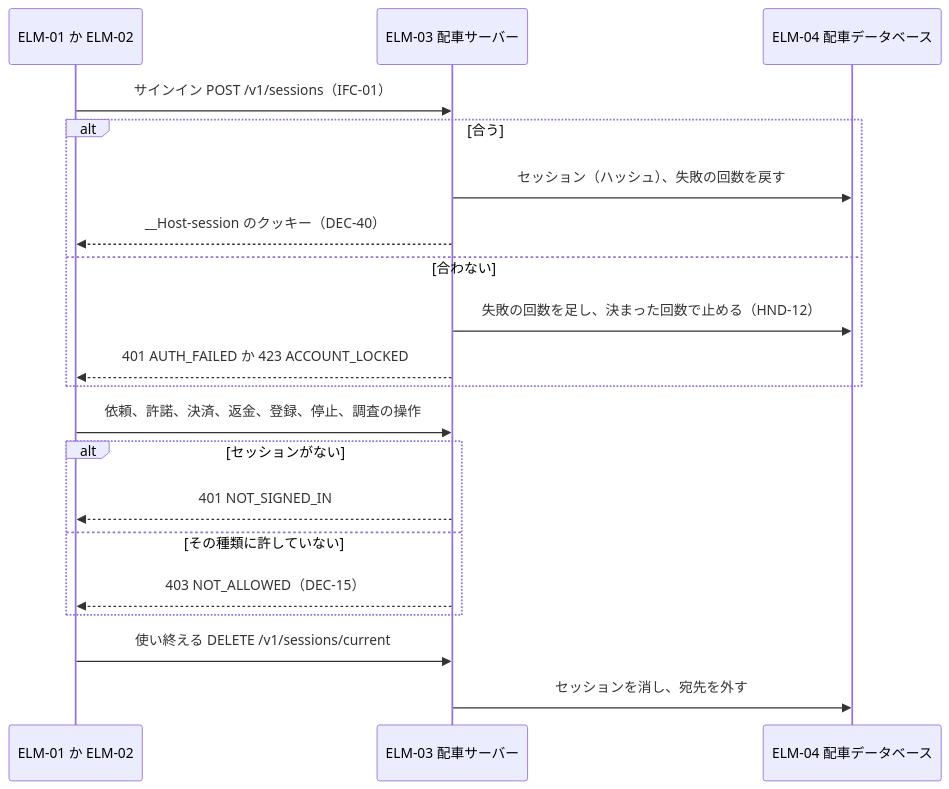
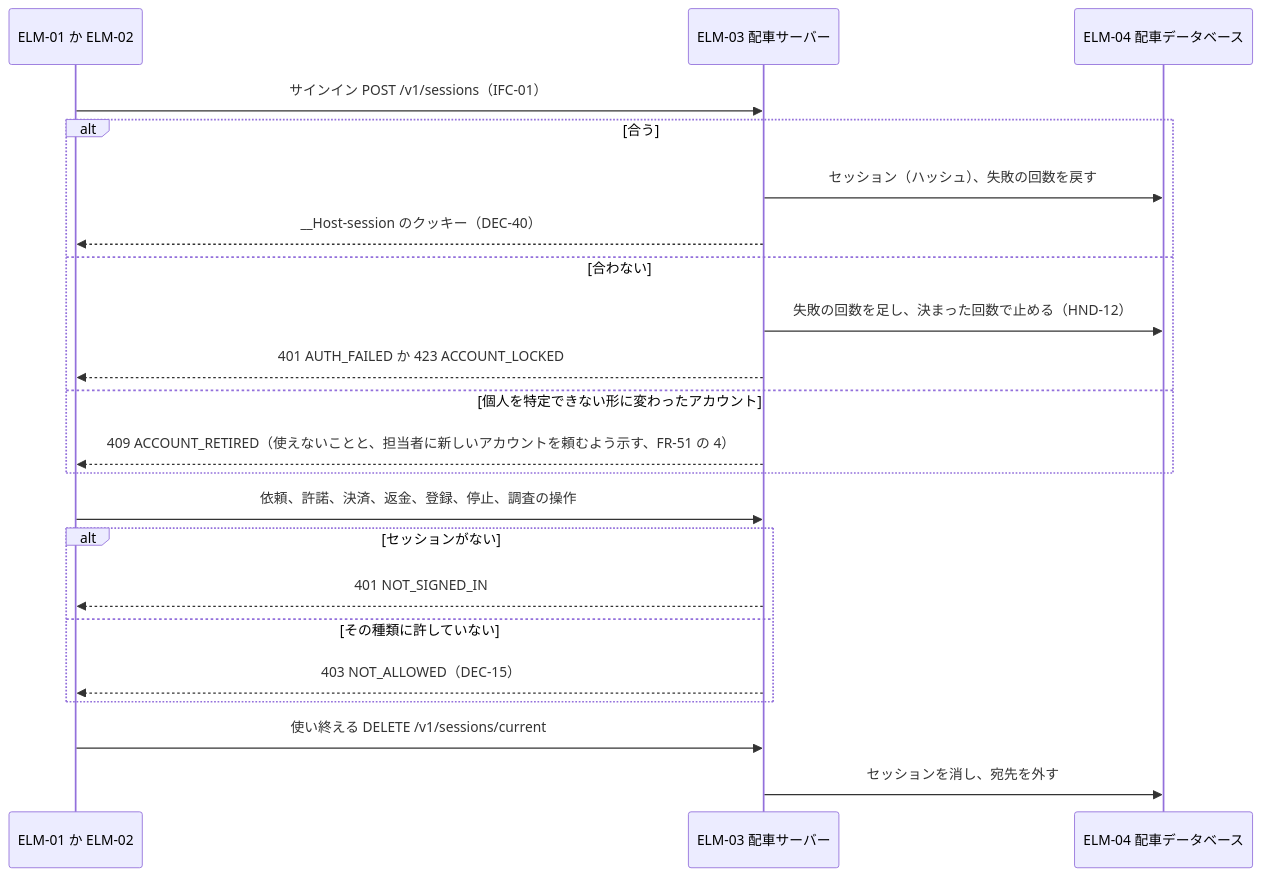
One commit to Taro000/ride-hailing-app-demo changed diagram 27 of 57 in docs/design/3-high-level-design.md. Above: the diagram before and after it, drawn with Mermaid. The commit also changed other lines of this file and 51 other files, not shown here.

````diff
--- a/docs/design/3-high-level-design.md
+++ b/docs/design/3-high-level-design.md
@@ -855,22 +973,24 @@
 ```mermaid
 sequenceDiagram
   participant X as ELM-01 か ELM-02
   participant S as ELM-03 配車サーバー
   participant DB as ELM-04 配車データベース
   X->>S: サインイン POST /v1/sessions（IFC-01）
   alt 合う
     S->>DB: セッション（ハッシュ）、失敗の回数を戻す
     S-->>X: __Host-session のクッキー（DEC-40）
   else 合わない
     S->>DB: 失敗の回数を足し、決まった回数で止める（HND-12）
     S-->>X: 401 AUTH_FAILED か 423 ACCOUNT_LOCKED
+  else 個人を特定できない形に変わったアカウント
+    S-->>X: 409 ACCOUNT_RETIRED（使えないことと、担当者に新しいアカウントを頼むよう示す、FR-51 の 4）
   end
   X->>S: 依頼、許諾、決済、返金、登録、停止、調査の操作
   alt セッションがない
     S-->>X: 401 NOT_SIGNED_IN
   else その種類に許していない
     S-->>X: 403 NOT_ALLOWED（DEC-15）
   end
   X->>S: 使い終える DELETE /v1/sessions/current
   S->>DB: セッションを消し、宛先を外す
 ```
````
